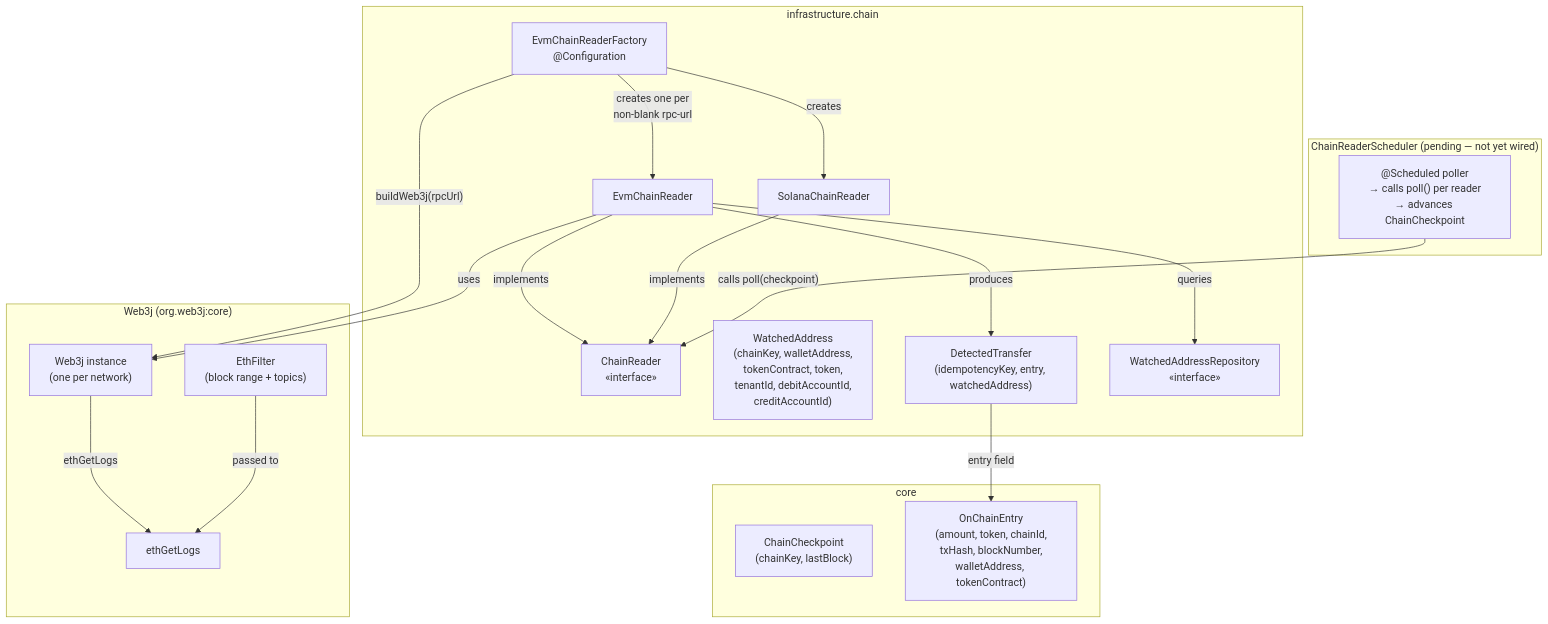
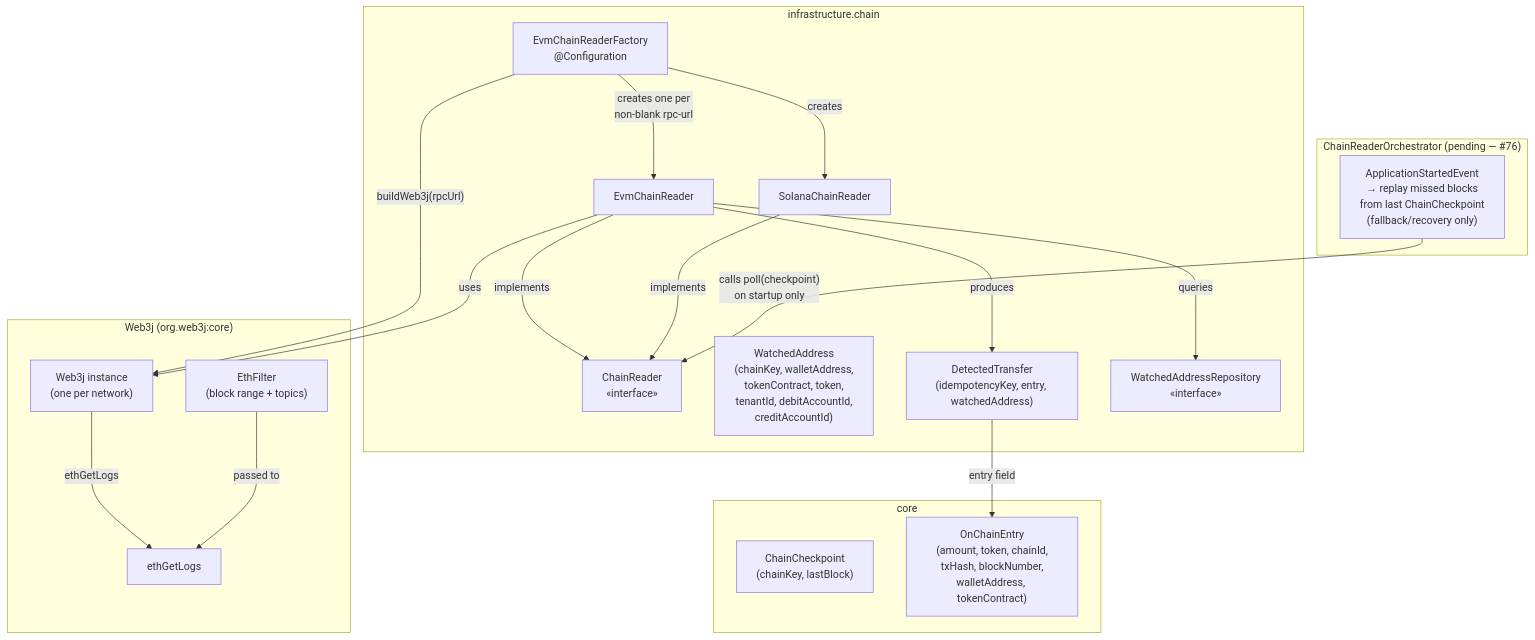
The first of 4 diagrams in docs/evm-chain-reader.md (idem-finance/idem), drawn with Mermaid before and after one commit. The commit also changed other lines of this file and 8 other files, not shown here.

First line of the commit message:
feat: TronChainReader — Tronscan REST polling for USDC/USDT TRC-20 transfers (#49)

````diff
--- a/docs/evm-chain-reader.md
+++ b/docs/evm-chain-reader.md
@@ -53,40 +53,40 @@
 ```mermaid
 graph TD
     subgraph core
         ChainCheckpoint["ChainCheckpoint\n(chainKey, lastBlock)"]
         OnChainEntry["OnChainEntry\n(amount, token, chainId,\ntxHash, blockNumber,\nwalletAddress, tokenContract)"]
     end
 
     subgraph infrastructure.chain
         CR["ChainReader\n«interface»"]
         ECR["EvmChainReader"]
         SCR["SolanaChainReader"]
         FACTORY["EvmChainReaderFactory\n@Configuration"]
         WA["WatchedAddress\n(chainKey, walletAddress,\ntokenContract, token,\ntenantId, debitAccountId,\ncreditAccountId)"]
         DT["DetectedTransfer\n(idempotencyKey, entry, watchedAddress)"]
         WAR["WatchedAddressRepository\n«interface»"]
     end
 
     subgraph web3j["Web3j (org.web3j:core)"]
         W3J["Web3j instance\n(one per network)"]
         ETH_FILTER["EthFilter\n(block range + topics)"]
         ETH_GET_LOGS["ethGetLogs"]
     end
 
-    subgraph scheduler["ChainReaderScheduler (pending — not yet wired)"]
-        SCHED["@Scheduled poller\n→ calls poll() per reader\n→ advances ChainCheckpoint"]
+    subgraph orchestrator["ChainReaderOrchestrator (pending — #76)"]
+        ORCH["ApplicationStartedEvent\n→ replay missed blocks\nfrom last ChainCheckpoint\n(fallback/recovery only)"]
     end
 
     FACTORY -->|"creates one per\nnon-blank rpc-url"| ECR
     FACTORY -->|"creates"| SCR
     ECR -->|"implements"| CR
     SCR -->|"implements"| CR
     FACTORY -->|"buildWeb3j(rpcUrl)"| W3J
     ECR -->|"uses"| W3J
     W3J -->|"ethGetLogs"| ETH_GET_LOGS
     ETH_FILTER -->|"passed to"| ETH_GET_LOGS
     ECR -->|"queries"| WAR
     ECR -->|"produces"| DT
     DT -->|"entry field"| OnChainEntry
-    SCHED -->|"calls poll(checkpoint)"| CR
+    ORCH -->|"calls poll(checkpoint)\non startup only"| CR
 ```
````
